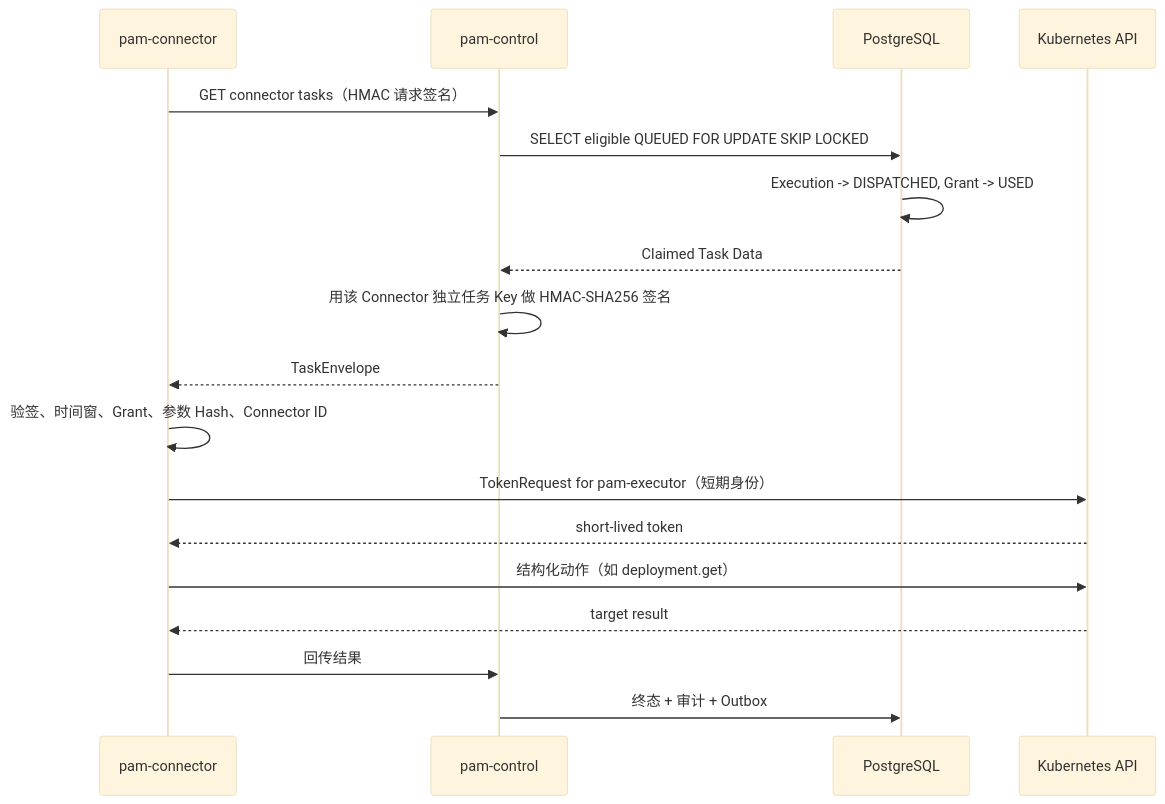
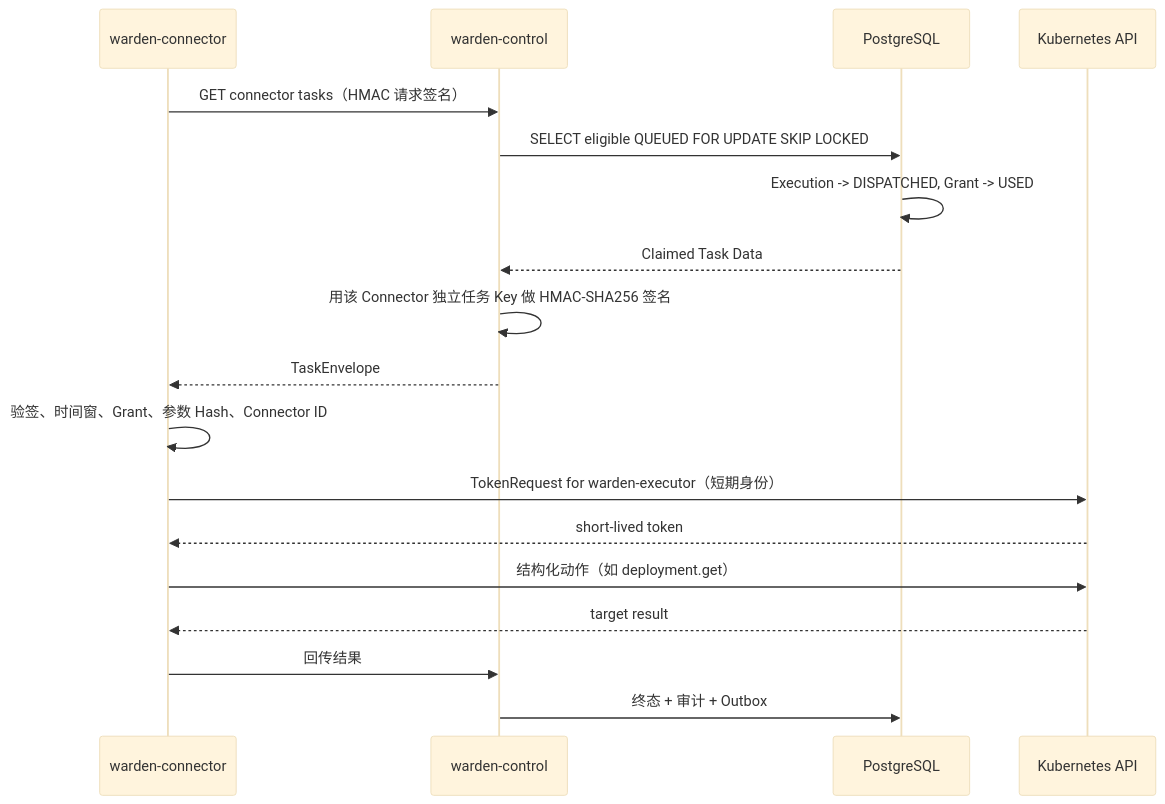
Before and after one commit to warden-platform/warden: the third of 4 diagrams in docs/architecture.md, drawn with Mermaid (base theme). The commit also changed other lines of this file and 236 other files, not shown here.

First line of the commit message:
refactor!: rename project from PAM/HighTower to Warden

````diff
--- a/docs/architecture.md
+++ b/docs/architecture.md
@@ -153,21 +153,21 @@
 ```mermaid
 sequenceDiagram
-    participant C as pam-connector
-    participant A as pam-control
+    participant C as warden-connector
+    participant A as warden-control
     participant D as PostgreSQL
     participant K as Kubernetes API
 
     C->>A: GET connector tasks（HMAC 请求签名）
     A->>D: SELECT eligible QUEUED FOR UPDATE SKIP LOCKED
     D->>D: Execution -> DISPATCHED, Grant -> USED
     D-->>A: Claimed Task Data
     A->>A: 用该 Connector 独立任务 Key 做 HMAC-SHA256 签名
     A-->>C: TaskEnvelope
     C->>C: 验签、时间窗、Grant、参数 Hash、Connector ID
-    C->>K: TokenRequest for pam-executor（短期身份）
+    C->>K: TokenRequest for warden-executor（短期身份）
     K-->>C: short-lived token
     C->>K: 结构化动作（如 deployment.get）
     K-->>C: target result
     C->>A: 回传结果
     A->>D: 终态 + 审计 + Outbox
 ```
````
